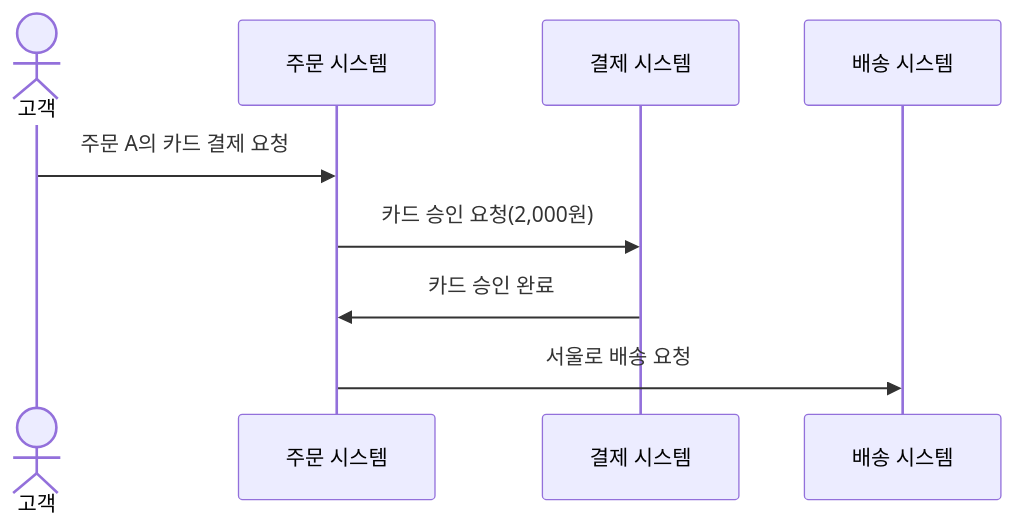
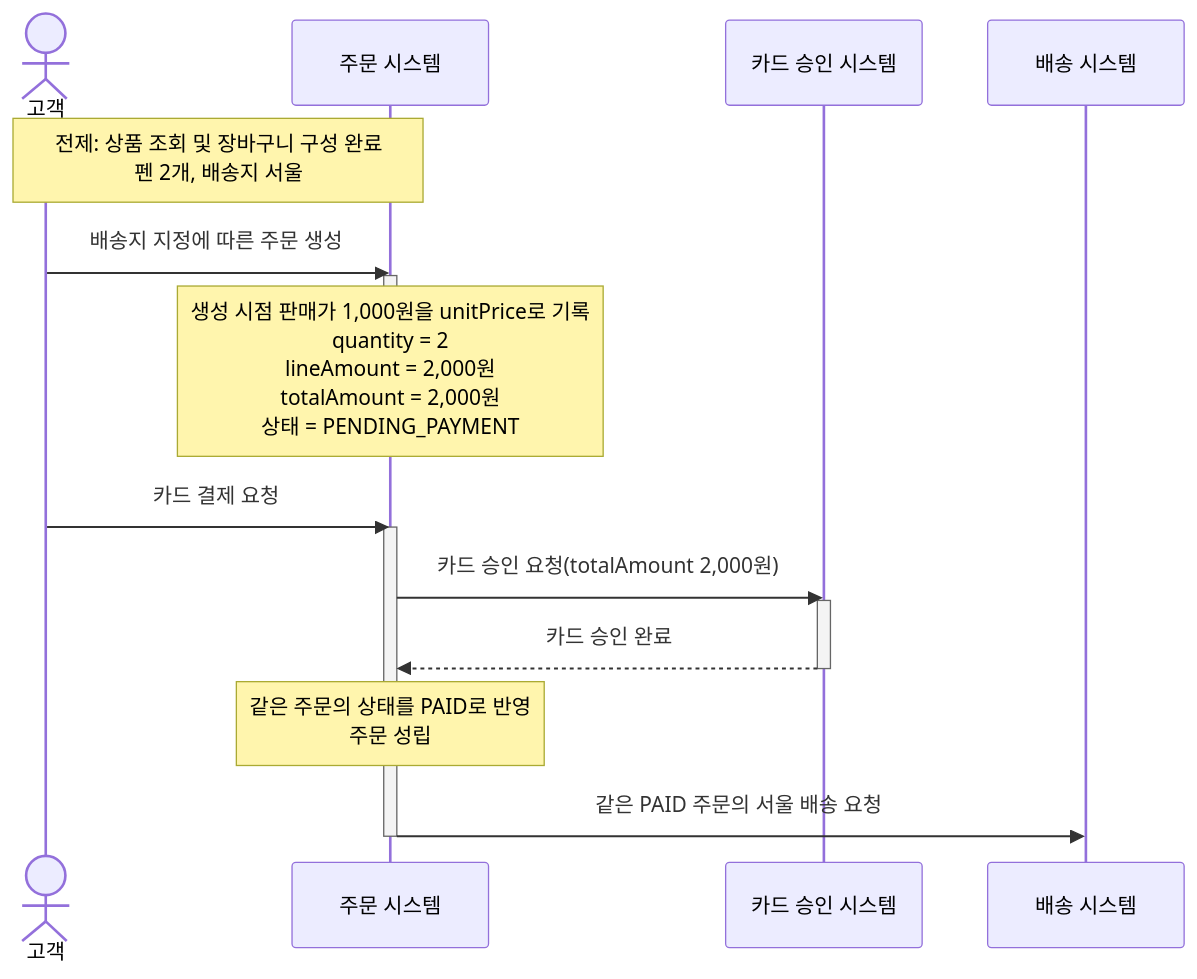
The ninth of 9 diagrams in courses/ai-native/sessions/s05.md (YoungSan77/TrainingMaterials), drawn with Mermaid before and after one commit. The commit also changed other lines of this file and 437 other files, not shown here.

````diff
--- a/courses/ai-native/sessions/s05.md
+++ b/courses/ai-native/sessions/s05.md
@@ -826,12 +581,25 @@
 ```mermaid
 sequenceDiagram
-    actor 고객
-    participant 주문시스템 as 주문 시스템
-    participant 결제시스템 as 결제 시스템
-    participant 배송시스템 as 배송 시스템
+    actor Customer as 고객
+    participant Order as 주문 시스템
+    participant Payment as 카드 승인 시스템
+    participant Delivery as 배송 시스템
 
-    고객->>주문시스템: 주문 A의 카드 결제 요청
-    주문시스템->>결제시스템: 카드 승인 요청(2,000원)
-    결제시스템->>주문시스템: 카드 승인 완료
-    주문시스템->>배송시스템: 서울로 배송 요청
+    Note over Customer,Order: 전제: 상품 조회 및 장바구니 구성 완료<br/>펜 2개, 배송지 서울
+
+    Customer->>Order: 배송지 지정에 따른 주문 생성
+    activate Order
+    Note over Order: 생성 시점 판매가 1,000원을 unitPrice로 기록<br/>quantity = 2<br/>lineAmount = 2,000원<br/>totalAmount = 2,000원<br/>상태 = PENDING_PAYMENT
+    deactivate Order
+
+    Customer->>Order: 카드 결제 요청
+    activate Order
+    Order->>Payment: 카드 승인 요청(totalAmount 2,000원)
+    activate Payment
+    Payment-->>Order: 카드 승인 완료
+    deactivate Payment
+
+    Note over Order: 같은 주문의 상태를 PAID로 반영<br/>주문 성립
+    Order->>Delivery: 같은 PAID 주문의 서울 배송 요청
+    deactivate Order
 ```
````
